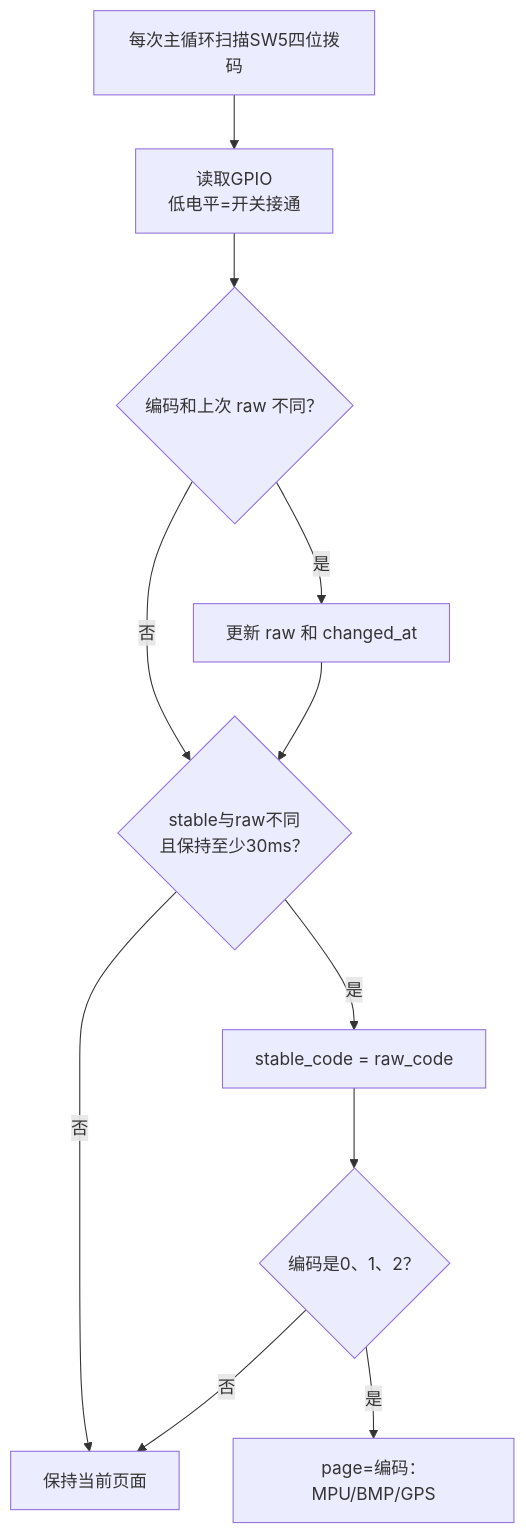
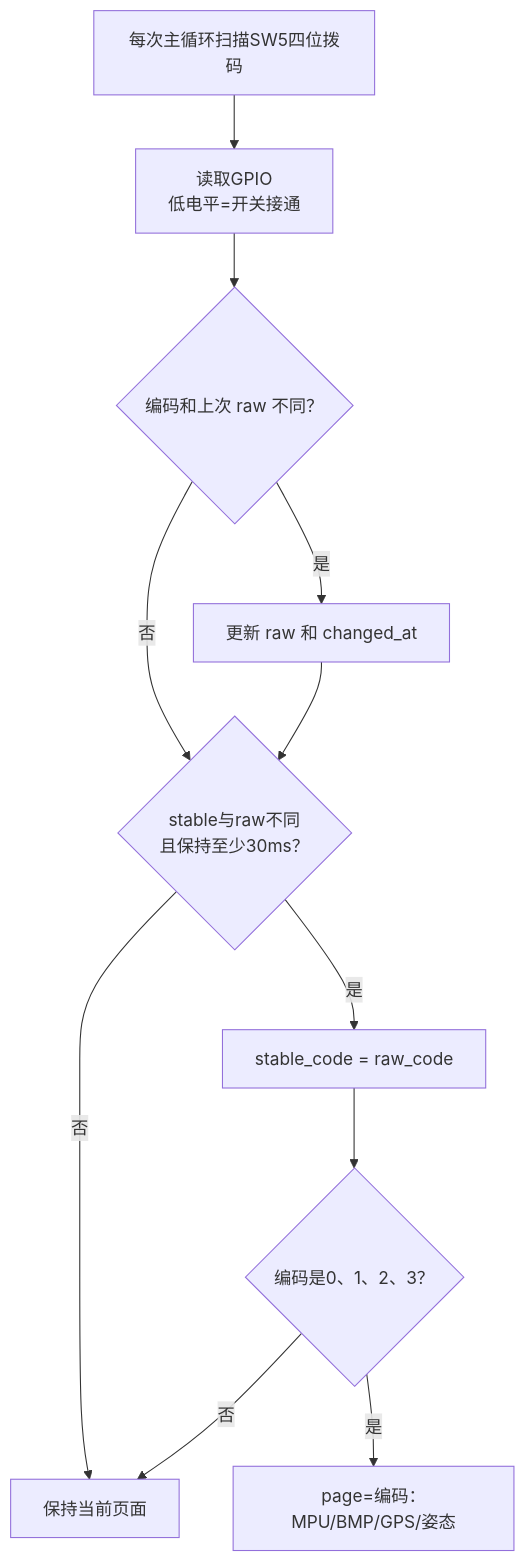
Before and after one commit to Killvinrie/quad: diagram 11 of 16 in software/docs/PROGRAM_FLOW.md, drawn with Mermaid. The commit also changed other lines of this file and 23 other files, not shown here.

````diff
--- a/software/docs/PROGRAM_FLOW.md
+++ b/software/docs/PROGRAM_FLOW.md
@@ -353,13 +360,13 @@
 ```mermaid
 flowchart TD
     A["每次主循环扫描SW5四位拨码"] --> B["读取GPIO<br/>低电平=开关接通"]
     B --> C{"编码和上次 raw 不同？"}
     C -- 是 --> D["更新 raw 和 changed_at"]
     C -- 否 --> E{"stable与raw不同<br/>且保持至少30ms？"}
     D --> E
     E -- 否 --> Z["本键无事件"]
     E -- 是 --> F["stable_code = raw_code"]
-    F --> G{"编码是0、1、2？"}
+    F --> G{"编码是0、1、2、3？"}
     G -- 否 --> Z["保持当前页面"]
-    G -- 是 --> H["page=编码：MPU/BMP/GPS"]
+    G -- 是 --> H["page=编码：MPU/BMP/GPS/姿态"]
 ```
````
